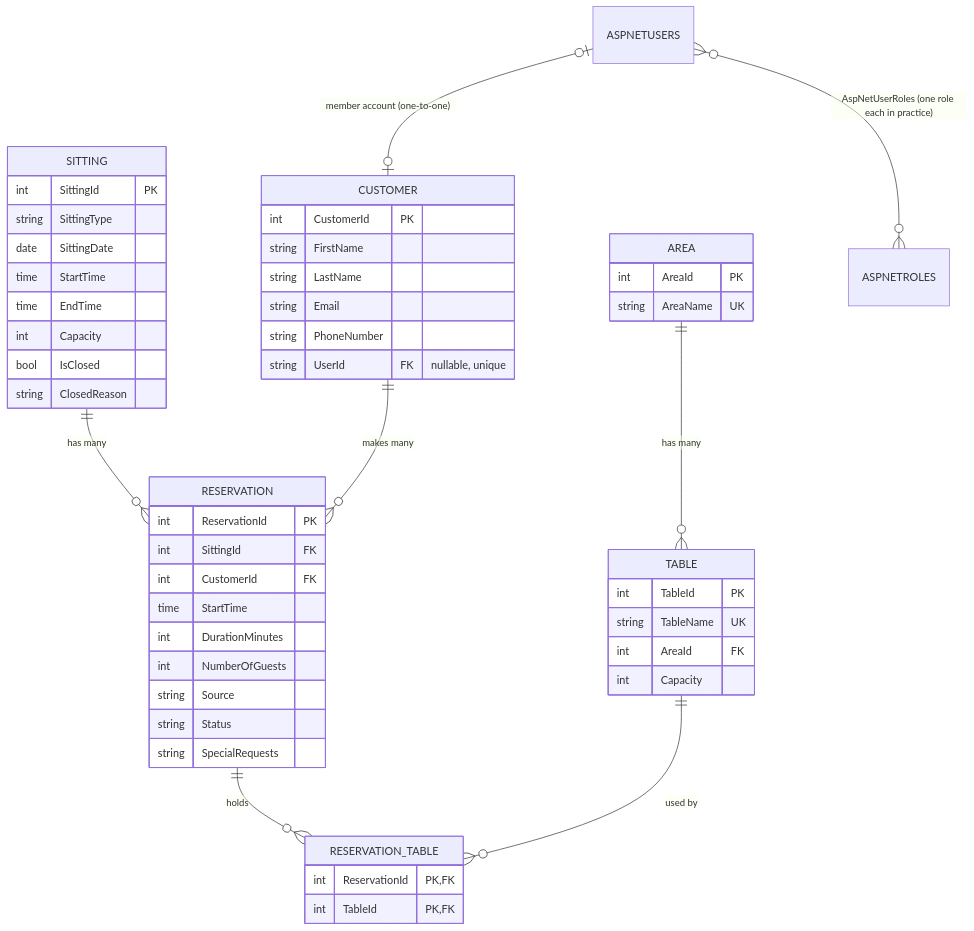
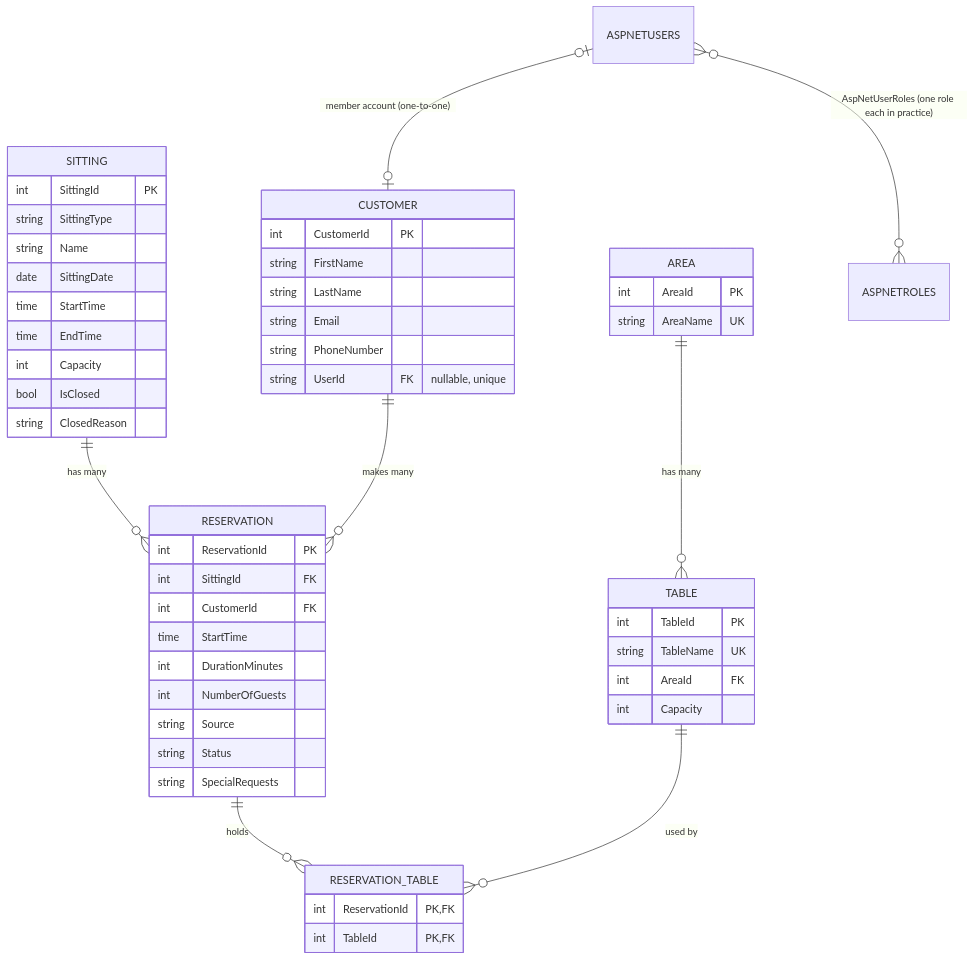
One commit to walidkmiran-afk/BeanScene changed the first of 3 diagrams in docs/ERD.md. Above: the diagram before and after it, drawn with Mermaid. The commit also changed other lines of this file and 3 other files, not shown here.

````diff
--- a/docs/ERD.md
+++ b/docs/ERD.md
@@ -7,54 +7,55 @@
 ```mermaid
 erDiagram
     AREA ||--o{ TABLE : "has many"
     SITTING ||--o{ RESERVATION : "has many"
     CUSTOMER ||--o{ RESERVATION : "makes many"
     RESERVATION ||--o{ RESERVATION_TABLE : "holds"
     TABLE ||--o{ RESERVATION_TABLE : "used by"
     ASPNETUSERS |o--o| CUSTOMER : "member account (one-to-one)"
     ASPNETUSERS }o--o{ ASPNETROLES : "AspNetUserRoles (one role each in practice)"
 
     AREA {
         int AreaId PK
         string AreaName UK
     }
     TABLE {
         int TableId PK
         string TableName UK
         int AreaId FK
         int Capacity
     }
     SITTING {
         int SittingId PK
         string SittingType
+        string Name
         date SittingDate
         time StartTime
         time EndTime
         int Capacity
         bool IsClosed
         string ClosedReason
     }
     CUSTOMER {
         int CustomerId PK
         string FirstName
         string LastName
         string Email
         string PhoneNumber
         string UserId FK "nullable, unique"
     }
     RESERVATION {
         int ReservationId PK
         int SittingId FK
         int CustomerId FK
         time StartTime
         int DurationMinutes
         int NumberOfGuests
         string Source
         string Status
         string SpecialRequests
     }
     RESERVATION_TABLE {
         int ReservationId PK,FK
         int TableId PK,FK
     }
 ```
````
